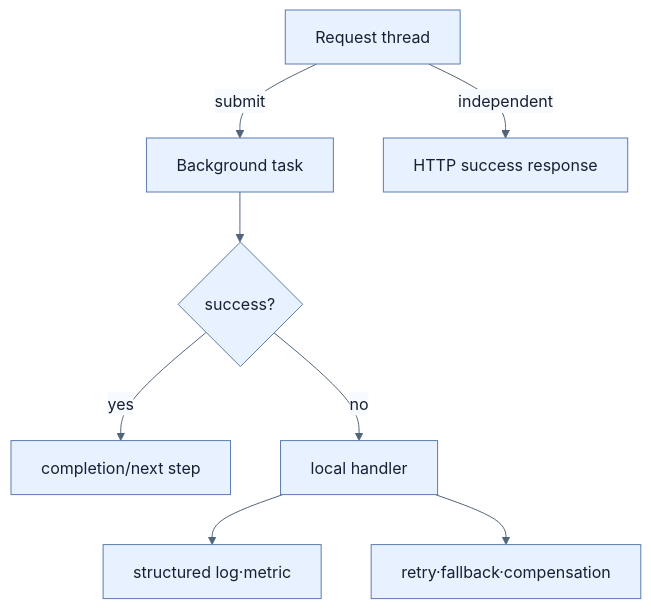
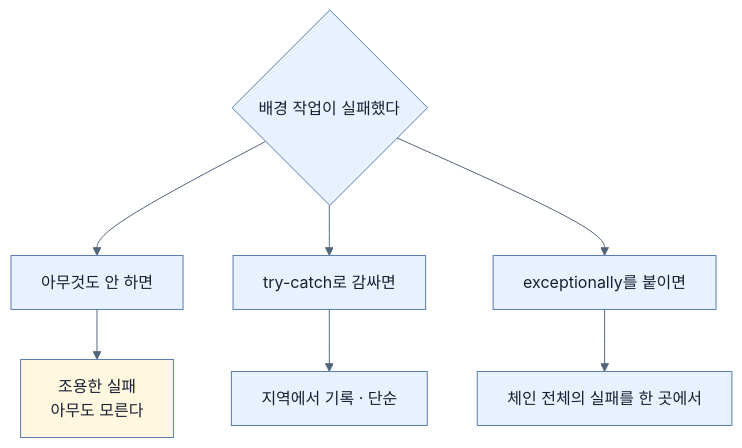
The third of 3 diagrams in spring-boot-4-pdf-notes/part-4-scaling-an-application-with-spring-boot/chapter-11-virtual-threads-in-java-and-spring-boot/06-error-handling-in-concurrent-tasks.md (sing-u8/Learning_Spring_Boot_4), drawn with Mermaid before and after one commit. The commit also changed other lines of this file and 253 other files, not shown here.

````diff
--- a/spring-boot-4-pdf-notes/part-4-scaling-an-application-with-spring-boot/chapter-11-virtual-threads-in-java-and-spring-boot/06-error-handling-in-concurrent-tasks.md
+++ b/spring-boot-4-pdf-notes/part-4-scaling-an-application-with-spring-boot/chapter-11-virtual-threads-in-java-and-spring-boot/06-error-handling-in-concurrent-tasks.md
@@ -38,11 +207,11 @@
 ```mermaid
 %%{init: {'theme': 'base', 'themeVariables': {'background': '#ffffff', 'primaryColor': '#e8f1ff', 'primaryTextColor': '#172033', 'primaryBorderColor': '#5b7db1', 'lineColor': '#52647a', 'secondaryColor': '#f7fbff', 'tertiaryColor': '#fff7df'}}}%%
 flowchart TD
-    R[Request thread] -->|submit| T[Background task]
-    R -->|independent| H[HTTP success response]
-    T --> X{success?}
-    X -- yes --> D[completion/next step]
-    X -- no --> E[local handler]
-    E --> L[structured log·metric]
-    E --> P[retry·fallback·compensation]
+    Q{"배경 작업이 실패했다"} --> A["아무것도 안 하면"]
+    Q --> B["try-catch로 감싸면"]
+    Q --> C["exceptionally를 붙이면"]
+    A --> A1["조용한 실패<br/>아무도 모른다"]
+    B --> B1["지역에서 기록 · 단순"]
+    C --> C1["체인 전체의 실패를 한 곳에서"]
+    style A1 fill:#fff7df
 ```
````
